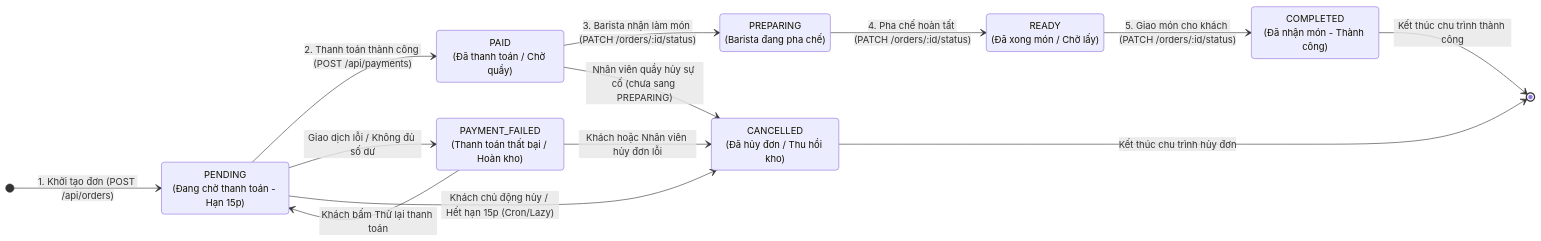
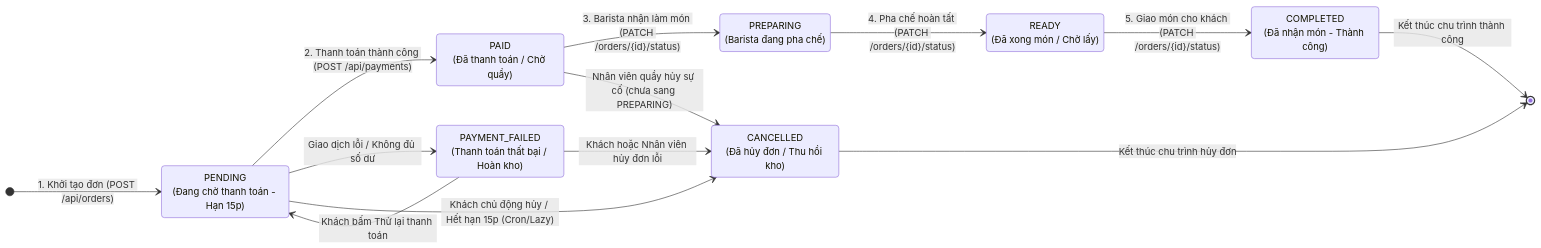
One commit to ThuanTran260/CNPM-BrewLite changed the eighth of 8 diagrams in docs/SYSTEM_ARCHITECTURE_DIAGRAMS.md. Above: the diagram before and after it, drawn with Mermaid. The commit also changed other lines of this file and 1 other file, not shown here.

Commit message:
docs: fix Mermaid syntax error in state machine, balance DFD Lv1, correct UML extend arrows, and link in README

````diff
--- a/docs/SYSTEM_ARCHITECTURE_DIAGRAMS.md
+++ b/docs/SYSTEM_ARCHITECTURE_DIAGRAMS.md
@@ -833,41 +853,41 @@
 ```mermaid
 stateDiagram-v2
     direction LR
 
     [*] --> PENDING : 1. Khởi tạo đơn (POST /api/orders)
 
     state "PENDING<br>(Đang chờ thanh toán - Hạn 15p)" as PENDING
     state "PAYMENT_FAILED<br>(Thanh toán thất bại / Hoàn kho)" as PAYMENT_FAILED
     state "PAID<br>(Đã thanh toán / Chờ quầy)" as PAID
     state "PREPARING<br>(Barista đang pha chế)" as PREPARING
     state "READY<br>(Đã xong món / Chờ lấy)" as READY
     state "COMPLETED<br>(Đã nhận món - Thành công)" as COMPLETED
     state "CANCELLED<br>(Đã hủy đơn / Thu hồi kho)" as CANCELLED
 
     %% Luồng chuyển tiếp chuẩn (Happy Path)
     PENDING --> PAID : 2. Thanh toán thành công (POST /api/payments)
-    PAID --> PREPARING : 3. Barista nhận làm món (PATCH /orders/:id/status)
-    PREPARING --> READY : 4. Pha chế hoàn tất (PATCH /orders/:id/status)
-    READY --> COMPLETED : 5. Giao món cho khách (PATCH /orders/:id/status)
+    PAID --> PREPARING : 3. Barista nhận làm món (PATCH /orders/{id}/status)
+    PREPARING --> READY : 4. Pha chế hoàn tất (PATCH /orders/{id}/status)
+    READY --> COMPLETED : 5. Giao món cho khách (PATCH /orders/{id}/status)
     COMPLETED --> [*] : Kết thúc chu trình thành công
 
     %% Nhánh xử lý lỗi thanh toán
     PENDING --> PAYMENT_FAILED : Giao dịch lỗi / Không đủ số dư
     PAYMENT_FAILED --> PENDING : Khách bấm Thử lại thanh toán
 
     %% Nhánh hủy đơn và hoàn trả kho
     PENDING --> CANCELLED : Khách chủ động hủy / Hết hạn 15p (Cron/Lazy)
     PAYMENT_FAILED --> CANCELLED : Khách hoặc Nhân viên hủy đơn lỗi
     PAID --> CANCELLED : Nhân viên quầy hủy sự cố (chưa sang PREPARING)
     CANCELLED --> [*] : Kết thúc chu trình hủy đơn
 
     classDef successState fill:#d4edda,stroke:#28a745,color:#155724,stroke-width:2px;
     classDef failedState fill:#f8d7da,stroke:#dc3545,color:#721c24,stroke-width:2px;
     classDef cancelState fill:#e2e3e5,stroke:#6c757d,color:#383d41,stroke-width:2px;
     classDef activeState fill:#cce5ff,stroke:#004085,color:#004085,stroke-width:2px;
 
     class PENDING,PAID,PREPARING,READY activeState;
     class COMPLETED successState;
     class PAYMENT_FAILED failedState;
     class CANCELLED cancelState;
 ```
````
